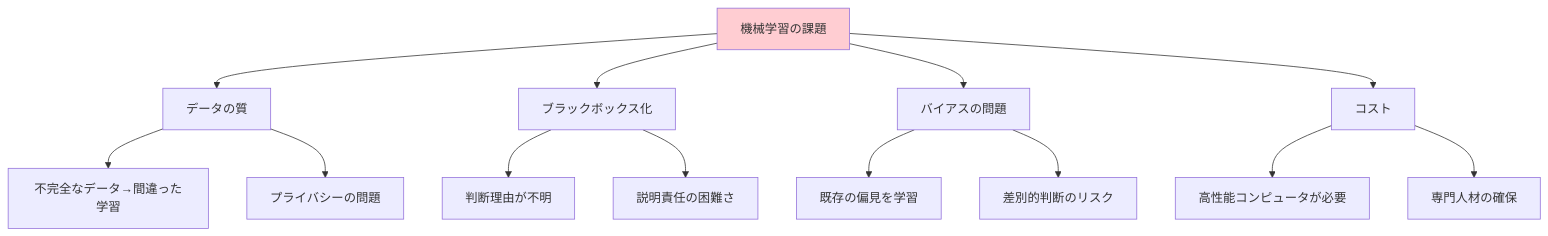
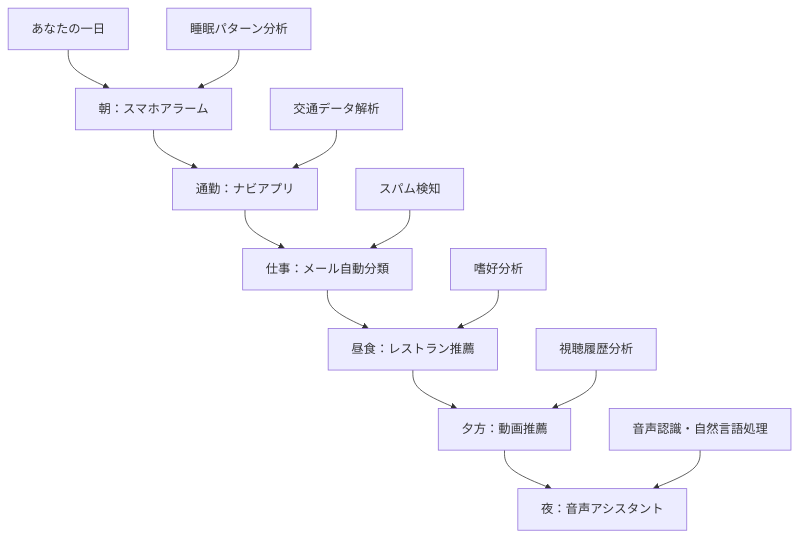
One commit to SparklingDetergent/doc_genai_mental_model changed the ninth of 13 diagrams in AI/Machine_Learning.md. Above: the diagram before and after it, drawn with Mermaid. The commit also changed other lines of this file, not shown here.

````diff
--- a/AI/Machine_Learning.md
+++ b/AI/Machine_Learning.md
@@ -258,21 +284,19 @@
 ```mermaid
-flowchart TD
-    A[機械学習の課題] --> B[データの質]
-    A --> C[ブラックボックス化]
-    A --> D[バイアスの問題]
-    A --> E[コスト]
+graph TD
+    A[あなたの一日] --> B[朝：スマホアラーム]
+    B --> C[通勤：ナビアプリ]
+    C --> D[仕事：メール自動分類]
+    D --> E[昼食：レストラン推薦]
+    E --> F[夕方：動画推薦]
+    F --> G[夜：音声アシスタント]
     
-    B --> B1[不完全なデータ→間違った学習]
-    B --> B2[プライバシーの問題]
+    B1[睡眠パターン分析] --> B
+    C1[交通データ解析] --> C  
+    D1[スパム検知] --> D
+    E1[嗜好分析] --> E
+    F1[視聴履歴分析] --> F
+    G1[音声認識・自然言語処理] --> G
     
-    C --> C1[判断理由が不明]
-    C --> C2[説明責任の困難さ]
-    
-    D --> D1[既存の偏見を学習]
-    D --> D2[差別的判断のリスク]
-    
-    E --> E1[高性能コンピュータが必要]
-    E --> E2[専門人材の確保]
-    
-    style A fill:#ffcdd2
+    click B "/docs/sleep-analysis.md" "睡眠分析技術"
+    click C "/docs/traffic-analysis.md" "交通データ活用"
 ```
````
